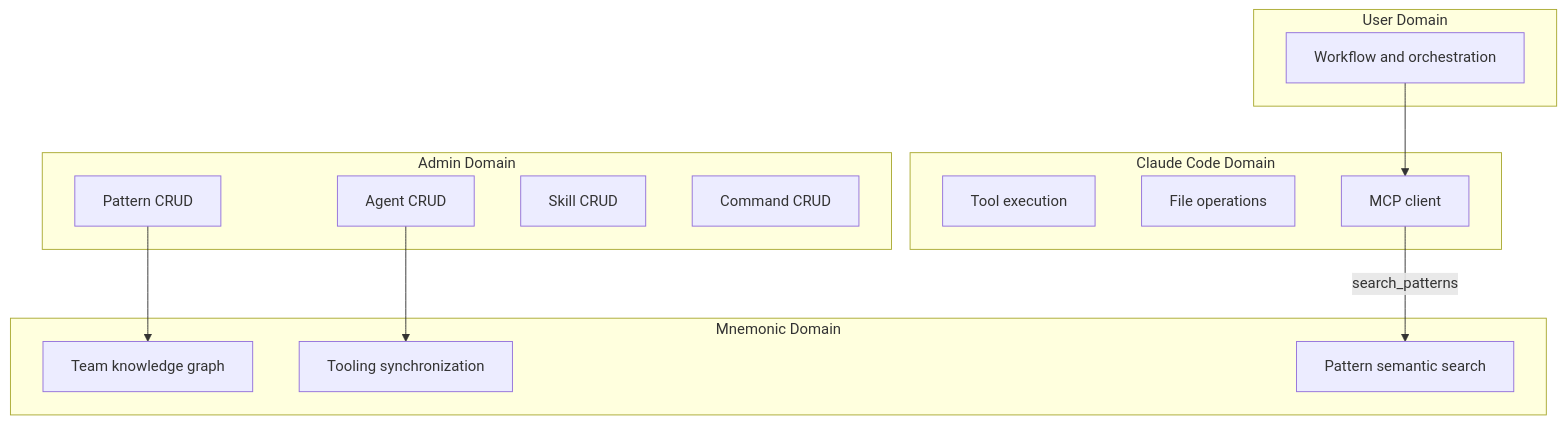
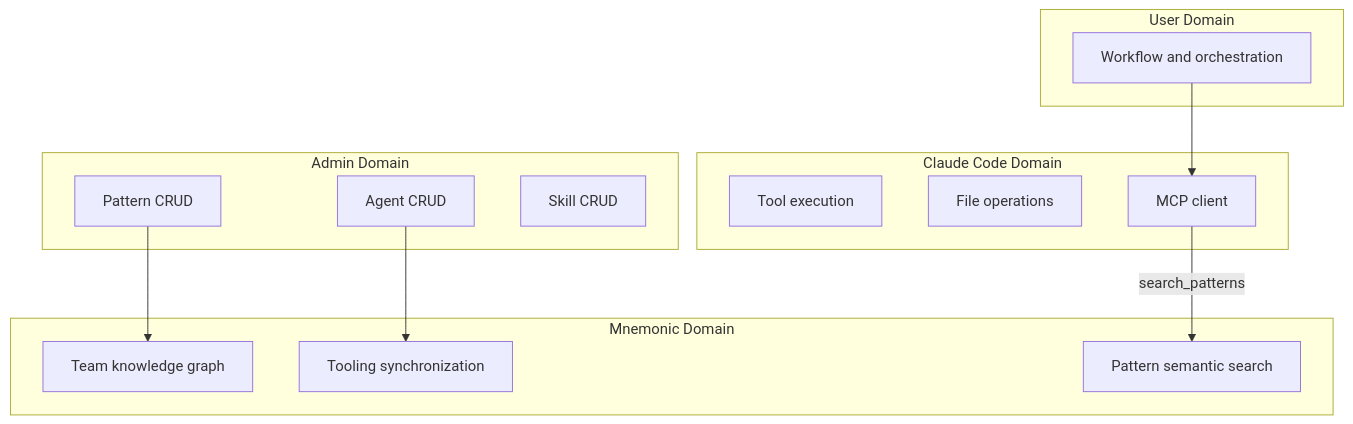
One commit to twistingmercury/mnemonic-mcp changed the fifth of 6 diagrams in docs/architecture/02-system-architecture.md. Above: the diagram before and after it, drawn with Mermaid. The commit also changed other lines of this file and 49 other files, not shown here.

````diff
--- a/docs/architecture/02-system-architecture.md
+++ b/docs/architecture/02-system-architecture.md
@@ -266,30 +259,29 @@
 ```mermaid
 graph TB
     subgraph "User Domain"
         UD1[Workflow and orchestration]
     end
 
     subgraph "Claude Code Domain"
         CD1[Tool execution]
         CD2[File operations]
         CD3[MCP client]
     end
 
     subgraph "Mnemonic Domain"
         MD1[Team knowledge graph]
         MD2[Pattern semantic search]
         MD3[Tooling synchronization]
     end
 
     subgraph "Admin Domain"
         AD1[Pattern CRUD]
         AD2[Agent CRUD]
         AD3[Skill CRUD]
-        AD4[Command CRUD]
     end
 
     UD1 --> CD3
     CD3 -->|"search_patterns"| MD2
     AD1 --> MD1
     AD2 --> MD3
 ```
````
